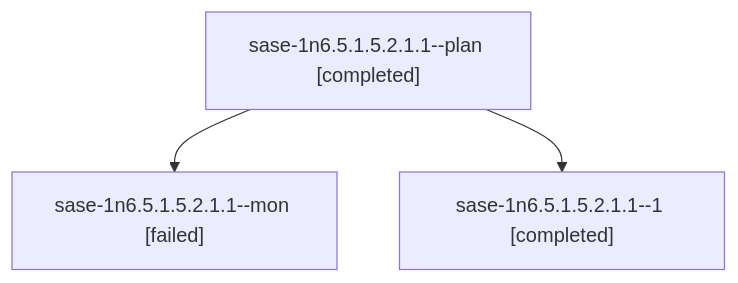
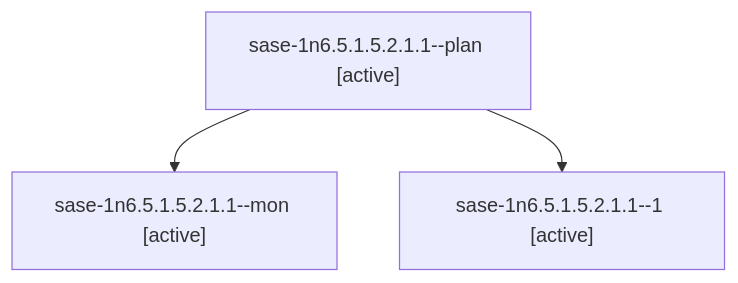
Before and after one commit to sase-org/sase--agents: the diagram in sessions/bbugyi200.athena.sase-1n6.5.1.5.2.1.1.md, drawn with Mermaid. The commit also changed other lines of this file and 274 other files, not shown here.

````diff
--- a/sessions/bbugyi200.athena.sase-1n6.5.1.5.2.1.1.md
+++ b/sessions/bbugyi200.athena.sase-1n6.5.1.5.2.1.1.md
@@ -9,8 +9,8 @@
 ```mermaid
 flowchart TD
-  n0["sase-1n6.5.1.5.2.1.1--plan [completed]"]
-  n1["sase-1n6.5.1.5.2.1.1--mon [failed]"]
+  n0["sase-1n6.5.1.5.2.1.1--plan [active]"]
+  n1["sase-1n6.5.1.5.2.1.1--mon [active]"]
   n0 --> n1
-  n2["sase-1n6.5.1.5.2.1.1--1 [completed]"]
+  n2["sase-1n6.5.1.5.2.1.1--1 [active]"]
   n0 --> n2
 ```
````
